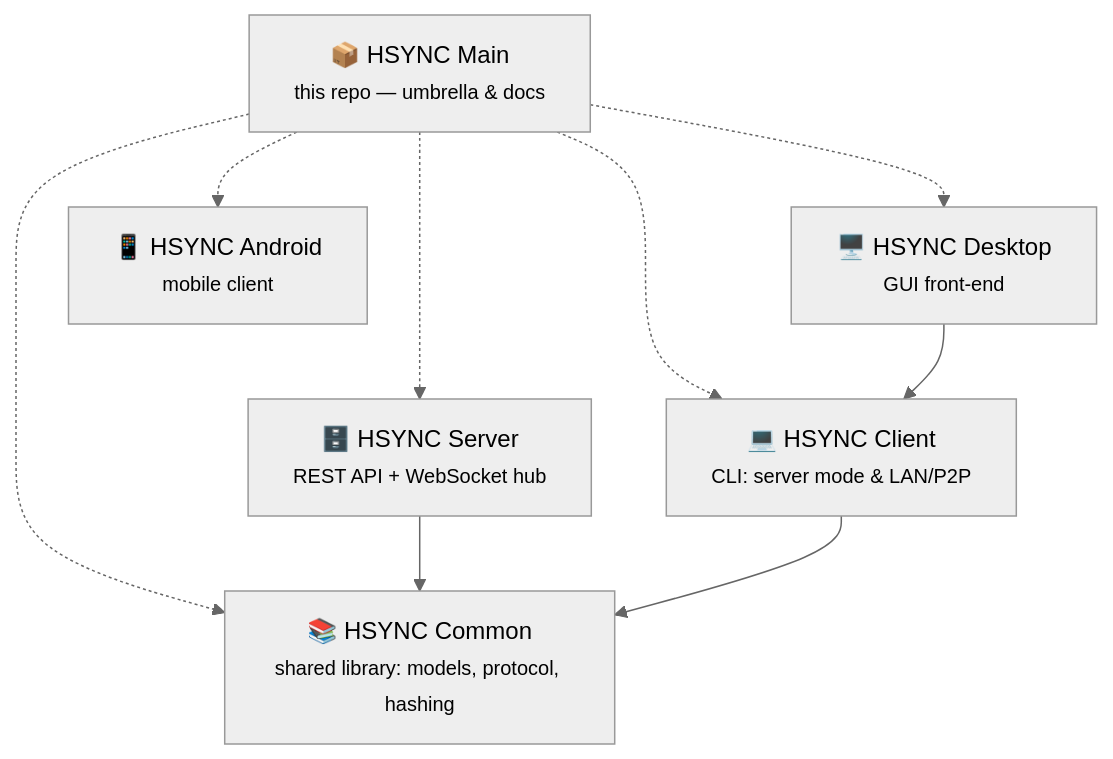
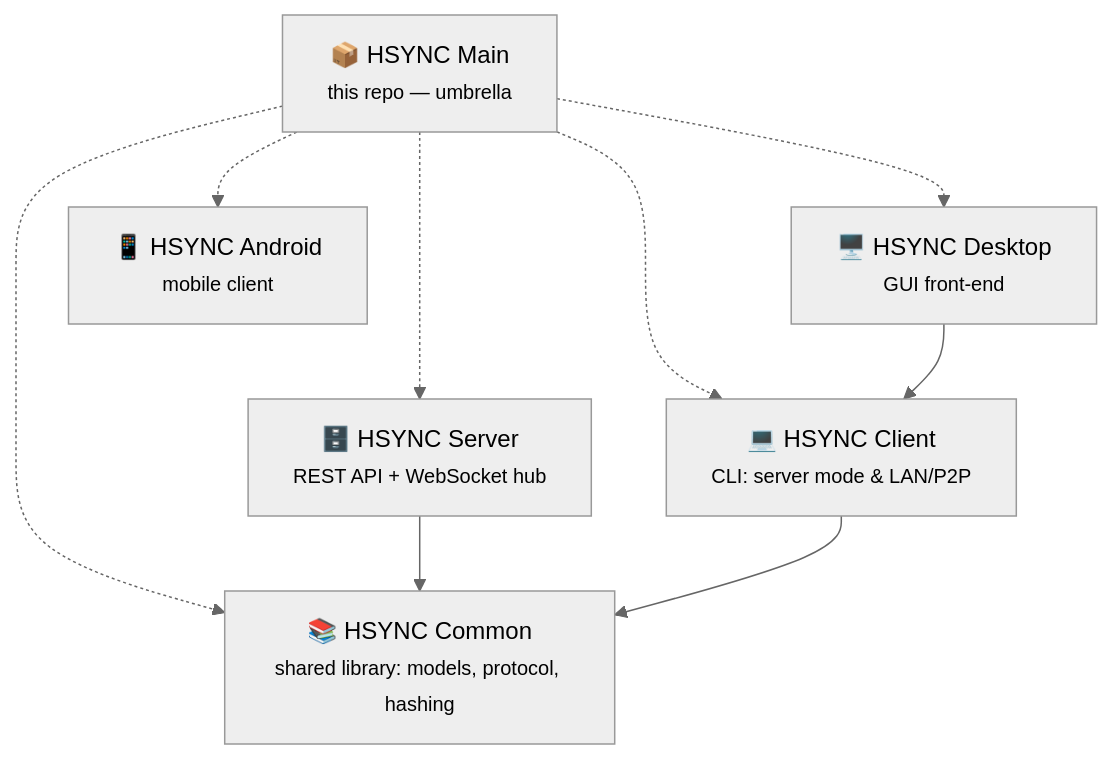
The third of 3 diagrams in README.md (albertsdk/hsync), drawn with Mermaid (neutral theme) before and after one commit.

Commit message:
docs: updare README content

````diff
--- a/README.md
+++ b/README.md
@@ -115,20 +115,20 @@
 ```mermaid
 flowchart TD
-    Main["📦 HSYNC Main<br/><small>this repo — umbrella & docs</small>"]
+    Main["📦 HSYNC Main<br/><small>this repo — umbrella</small>"]
 
     Common["📚 HSYNC Common<br/><small>shared library: models, protocol, hashing</small>"]
     Server["🗄️ HSYNC Server<br/><small>REST API + WebSocket hub</small>"]
     Client["💻 HSYNC Client<br/><small>CLI: server mode & LAN/P2P</small>"]
     Desktop["🖥️ HSYNC Desktop<br/><small>GUI front-end</small>"]
     Android["📱 HSYNC Android<br/><small>mobile client</small>"]
 
     Main -.-> Common
     Main -.-> Server
     Main -.-> Client
     Main -.-> Desktop
     Main -.-> Android
 
     Server --> Common
     Client --> Common
     Desktop --> Client
 ```
````
